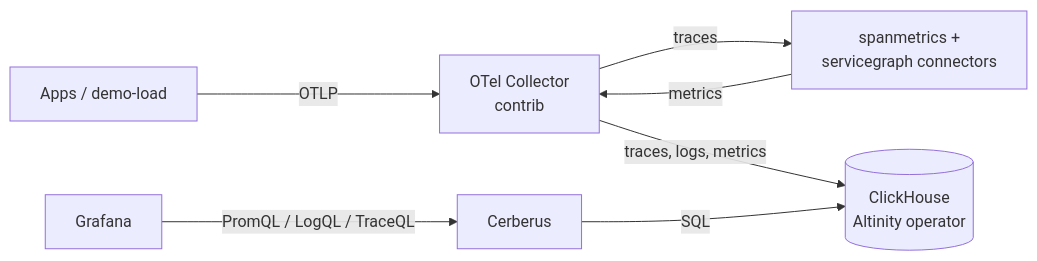
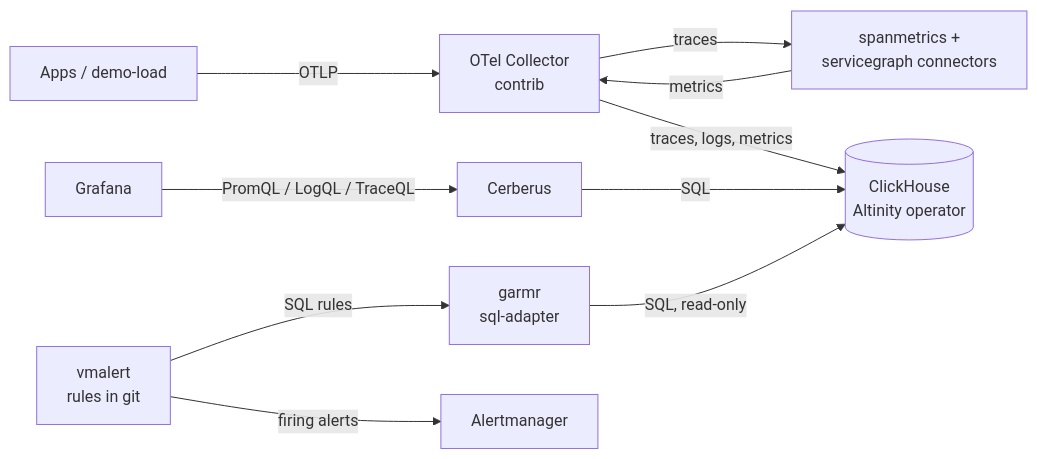
The diagram in README.md (benhastings/clickhouse-observability-stack), drawn with Mermaid before and after one commit. The commit also changed other lines of this file and 50 other files, not shown here.

First line of the commit message:
feat: evaluate alert rules as ClickHouse SQL with vmalert and garmr

````diff
--- a/README.md
+++ b/README.md
@@ -9,9 +9,12 @@
 ```mermaid
 flowchart LR
     APP[Apps / demo-load] -- OTLP --> COL[OTel Collector<br/>contrib]
     COL -- traces --> SM[spanmetrics +<br/>servicegraph connectors]
     SM -- metrics --> COL
     COL -- traces, logs, metrics --> CH[(ClickHouse<br/>Altinity operator)]
     CER[Cerberus] -- SQL --> CH
     GF[Grafana] -- PromQL / LogQL / TraceQL --> CER
+    VMA[vmalert<br/>rules in git] -- SQL rules --> GSA[garmr<br/>sql-adapter]
+    GSA -- SQL, read-only --> CH
+    VMA -- firing alerts --> AM[Alertmanager]
 ```
````
